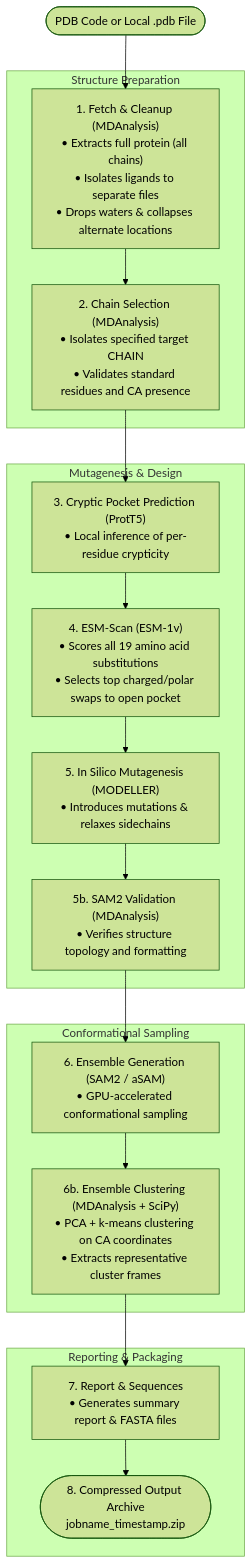
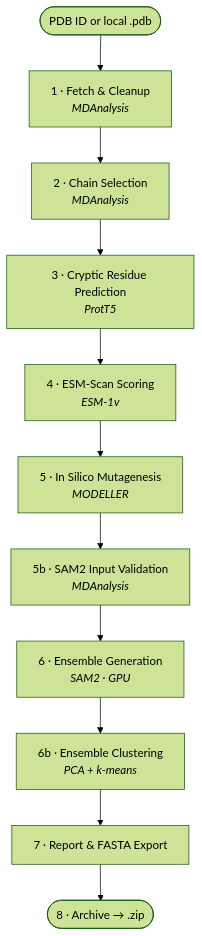
The diagram in README.md (singhnitink/CryptiScan), drawn with Mermaid (forest theme) before and after one commit.

Commit message:
adding flowchart from mermaid

````diff
--- a/README.md
+++ b/README.md
@@ -5,30 +5,15 @@
 ```mermaid
 flowchart TD
-    INPUT(["PDB Code or Local .pdb File"]) --> S1
+    IN(["PDB ID or local .pdb"]) --> S1
 
-    subgraph PREP ["Structure Preparation"]
-        S1["1. Fetch & Cleanup (MDAnalysis)<br/>• Extracts full protein (all chains)<br/>• Isolates ligands to separate files<br/>• Drops waters & collapses alternate locations"]
-        S2["2. Chain Selection (MDAnalysis)<br/>• Isolates specified target CHAIN<br/>• Validates standard residues and CA presence"]
-        S1 --> S2
-    end
-
-    subgraph MUT ["Mutagenesis & Design"]
-        S3["3. Cryptic Pocket Prediction (ProtT5)<br/>• Local inference of per-residue crypticity"]
-        S4["4. ESM-Scan (ESM-1v)<br/>• Scores all 19 amino acid substitutions<br/>• Selects top charged/polar swaps to open pocket"]
-        S5["5. In Silico Mutagenesis (MODELLER)<br/>• Introduces mutations & relaxes sidechains"]
-        S5b["5b. SAM2 Validation (MDAnalysis)<br/>• Verifies structure topology and formatting"]
-        S2 --> S3 --> S4 --> S5 --> S5b
-    end
-
-    subgraph SAM ["Conformational Sampling"]
-        S6["6. Ensemble Generation (SAM2 / aSAM)<br/>• GPU-accelerated conformational sampling"]
-        S6b["6b. Ensemble Clustering (MDAnalysis + SciPy)<br/>• PCA + k-means clustering on CA coordinates<br/>• Extracts representative cluster frames"]
-        S5b --> S6 --> S6b
-    end
-
-    subgraph PACK ["Reporting & Packaging"]
-        S7["7. Report & Sequences<br/>• Generates summary report & FASTA files"]
-        S8(["8. Compressed Output Archive<br/>jobname_timestamp.zip"])
-        S6b --> S7 --> S8
-    end
+    S1["1 · Fetch & Cleanup<br/><i>MDAnalysis</i>"] --> S2
+    S2["2 · Chain Selection<br/><i>MDAnalysis</i>"] --> S3
+    S3["3 · Cryptic Residue Prediction<br/><i>ProtT5</i>"] --> S4
+    S4["4 · ESM-Scan Scoring<br/><i>ESM-1v</i>"] --> S5
+    S5["5 · In Silico Mutagenesis<br/><i>MODELLER</i>"] --> S5b
+    S5b["5b · SAM2 Input Validation<br/><i>MDAnalysis</i>"] --> S6
+    S6["6 · Ensemble Generation<br/><i>SAM2 · GPU</i>"] --> S6b
+    S6b["6b · Ensemble Clustering<br/><i>PCA + k-means</i>"] --> S7
+    S7["7 · Report & FASTA Export"] --> S8
+    S8(["8 · Archive → .zip"])
 ```
````
